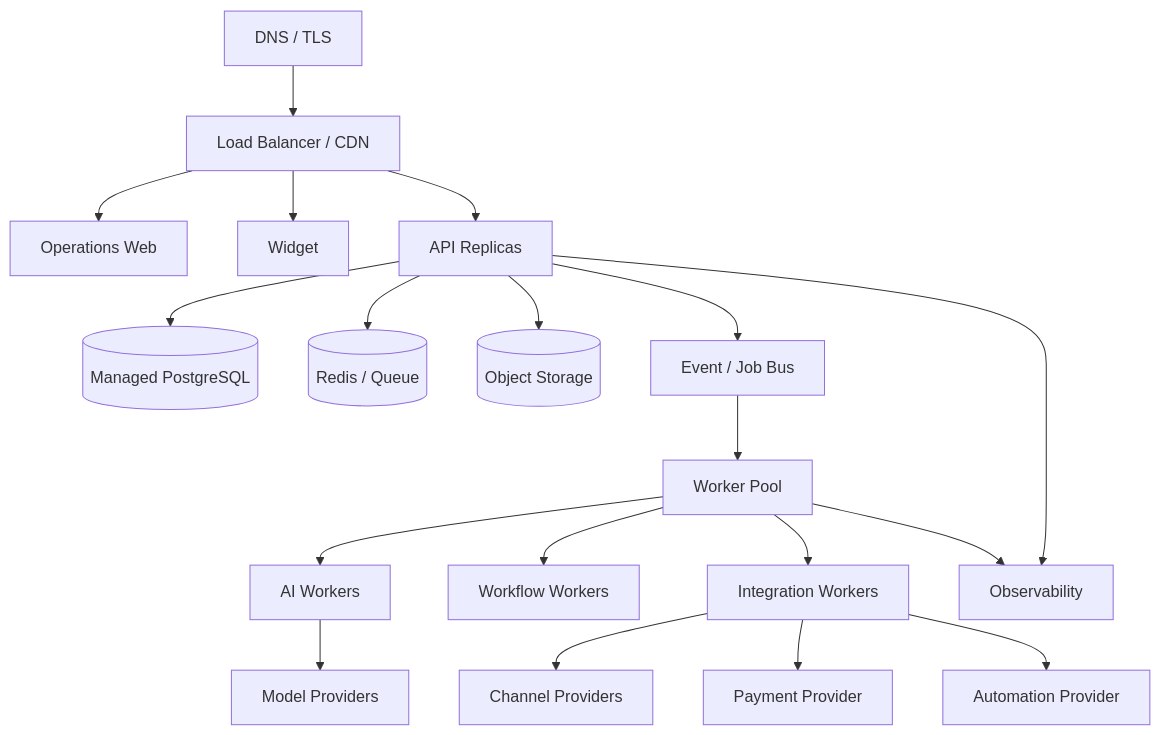
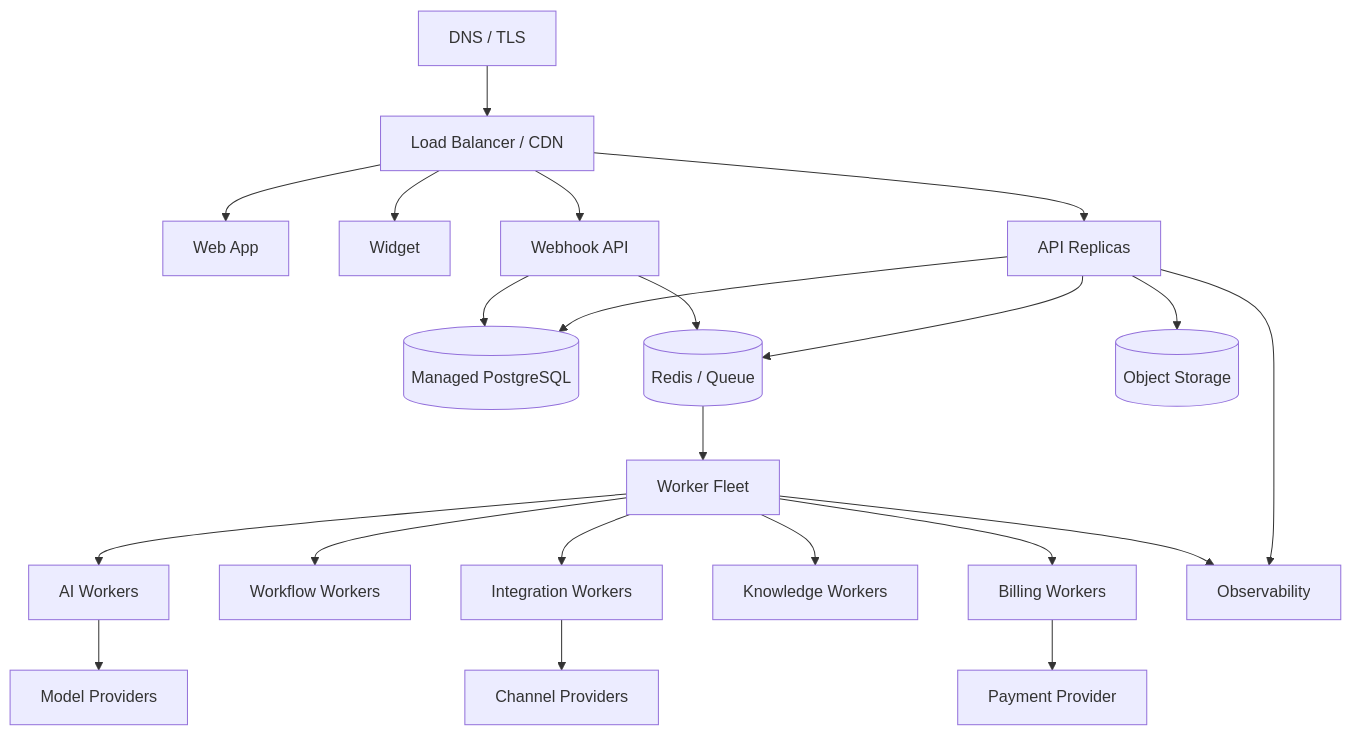
One commit to D-engahmed/OMILINKS changed the diagram in docs/architecture/deployment-architecture.md. Above: the diagram before and after it, drawn with Mermaid. The commit also changed other lines of this file and 4 other files, not shown here.

Commit message:
docs: deepen architecture implementation blueprints

```diff
--- a/docs/architecture/deployment-architecture.md
+++ b/docs/architecture/deployment-architecture.md
@@ -17,25 +24,29 @@
 ~~~mermaid
 flowchart TB
 DNS[DNS / TLS] --> EDGE[Load Balancer / CDN]
-EDGE --> WEB[Operations Web]
+EDGE --> WEB[Web App]
 EDGE --> WIDGET[Widget]
 EDGE --> API[API Replicas]
+EDGE --> WH[Webhook API]
 
-API --> DB[(Managed PostgreSQL)]
-API --> CACHE[(Redis / Queue)]
-API --> STORE[(Object Storage)]
-API --> BUS[Event / Job Bus]
+API --> PG[(Managed PostgreSQL)]
+API --> REDIS[(Redis / Queue)]
+API --> OBJ[(Object Storage)]
 
-BUS --> WORK[Worker Pool]
+WH --> PG
+WH --> REDIS
+
+REDIS --> WORK[Worker Fleet]
 WORK --> AI[AI Workers]
 WORK --> WF[Workflow Workers]
 WORK --> INT[Integration Workers]
+WORK --> KNOW[Knowledge Workers]
+WORK --> BILL[Billing Workers]
 
-AI --> MODELS[Model Providers]
-INT --> CHANNELS[Channel Providers]
-INT --> PAY[Payment Provider]
-INT --> N8N[Automation Provider]
+AI --> MODEL[Model Providers]
+INT --> CHANNEL[Channel Providers]
+BILL --> PAY[Payment Provider]
 
 API --> OBS[Observability]
 WORK --> OBS
 ~~~
```
